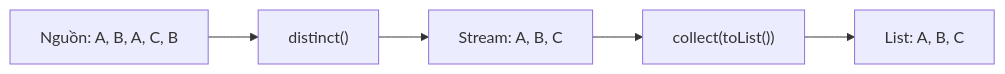
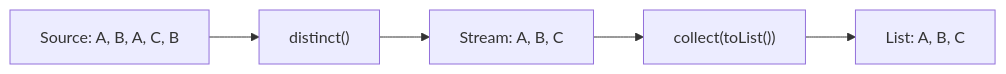
One commit to phuongnguyenit93/learning-platform-data changed the diagram in module/platform/development/programming/language/java/core/stream-api/content/knowledge/en/7.ordering-deduplication-and-slicing/ordering-deduplication-and-slicing-001.md. Above: the diagram before and after it, drawn with Mermaid. The commit also changed other lines of this file and 2307 other files, not shown here.

```diff
--- a/module/platform/development/programming/language/java/core/stream-api/content/knowledge/en/7.ordering-deduplication-and-slicing/ordering-deduplication-and-slicing-001.md
+++ b/module/platform/development/programming/language/java/core/stream-api/content/knowledge/en/7.ordering-deduplication-and-slicing/ordering-deduplication-and-slicing-001.md
@@ -63,7 +63,7 @@
 ~~~mermaid
 flowchart LR
-    A["Nguồn: A, B, A, C, B"] --> B["distinct()"]
+    A["Source: A, B, A, C, B"] --> B["distinct()"]
     B --> C["Stream: A, B, C"]
     C --> D["collect(toList())"]
     D --> E["List: A, B, C"]
 ~~~
```
